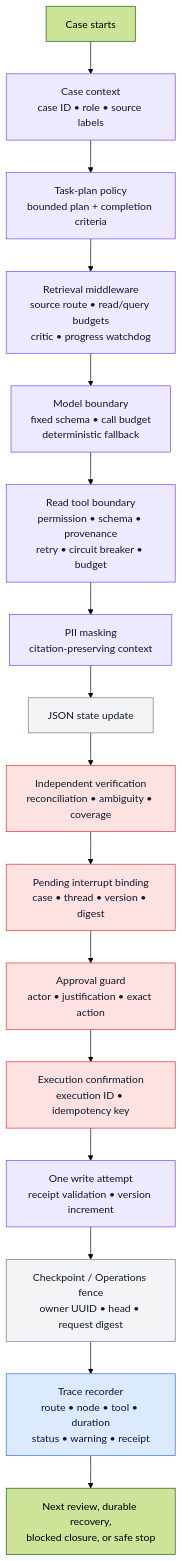
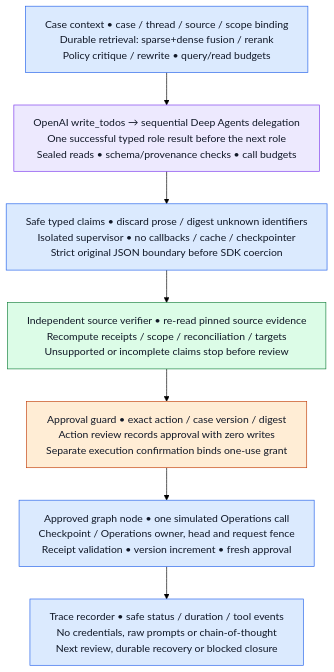
Before and after one commit to nagarjunakanamarlapudi/reacall-agents: the diagram in docs/images/05_middleware_lifecycle.mmd, drawn with Mermaid (forest theme). The commit also changed 45 other files, not shown here.

```diff
--- a/docs/images/05_middleware_lifecycle.mmd
+++ b/docs/images/05_middleware_lifecycle.mmd
@@ -1,21 +1,14 @@
+%%{init: {"flowchart": {"wrappingWidth": 500}}}%%
 flowchart TB
-  classDef hook fill:#ede9fe,stroke:#7c3aed,color:#111827
-  classDef safety fill:#fee2e2,stroke:#dc2626,color:#111827
-  classDef trace fill:#dbeafe,stroke:#2563eb,color:#111827
-  classDef state fill:#f3f4f6,stroke:#6b7280,color:#111827
-
-  START["Case starts"] --> CTX["Case context<br/>case ID • role • source labels"]:::hook
-  CTX --> PLAN["Task-plan policy<br/>bounded plan + completion criteria"]:::hook
-  PLAN --> RET["Retrieval middleware<br/>source route • read/query budgets<br/>critic • progress watchdog"]:::hook
-  RET --> MODEL["Model boundary<br/>fixed schema • call budget<br/>deterministic fallback"]:::hook
-  MODEL --> TOOLS["Read tool boundary<br/>permission • schema • provenance<br/>retry • circuit breaker • budget"]:::hook
-  TOOLS --> MASK["PII masking<br/>citation-preserving context"]:::hook
-  MASK --> STATE["JSON state update"]:::state
-  STATE --> VERIFY["Independent verification<br/>reconciliation • ambiguity • coverage"]:::safety
-  VERIFY --> REVIEW["Pending interrupt binding<br/>case • thread • version • digest"]:::safety
-  REVIEW --> APPROVAL["Approval guard<br/>actor • justification • exact action"]:::safety
-  APPROVAL --> CONFIRM["Execution confirmation<br/>execution ID • idempotency key"]:::safety
-  CONFIRM --> WRITE["One write attempt<br/>receipt validation • version increment"]:::hook
-  WRITE --> FENCE["Checkpoint / Operations fence<br/>owner UUID • head • request digest"]:::state
-  FENCE --> TRACE["Trace recorder<br/>route • node • tool • duration<br/>status • warning • receipt"]:::trace
-  TRACE --> NEXT["Next review, durable recovery,<br/>blocked closure, or safe stop"]
+  classDef hook fill:#dbeafe,stroke:#2563eb,color:#111827
+  classDef llm fill:#ede9fe,stroke:#7c3aed,color:#111827
+  classDef safety fill:#ffedd5,stroke:#c2410c,color:#111827
+  classDef safe fill:#dcfce7,stroke:#15803d,color:#111827
+  CTX["Case context • case / thread / source / scope binding<br/>Durable retrieval: sparse+dense fusion / rerank<br/>Policy critique / rewrite • query/read budgets"]:::hook
+  MODEL["OpenAI write_todos → sequential Deep Agents delegation<br/>One successful typed role result before the next role<br/>Sealed reads • schema/provenance checks • call budgets"]:::llm
+  CLAIMS["Safe typed claims • discard prose / digest unknown identifiers<br/>Isolated supervisor • no callbacks / cache / checkpointer<br/>Strict original JSON boundary before SDK coercion"]:::hook
+  VERIFY["Independent source verifier • re-read pinned source evidence<br/>Recompute receipts / scope / reconciliation / targets<br/>Unsupported or incomplete claims stop before review"]:::safe
+  REVIEW["Approval guard • exact action / case version / digest<br/>Action review records approval with zero writes<br/>Separate execution confirmation binds one-use grant"]:::safety
+  WRITE["Approved graph node • one simulated Operations call<br/>Checkpoint / Operations owner, head and request fence<br/>Receipt validation • version increment • fresh approval"]:::hook
+  TRACE["Trace recorder • safe status / duration / tool events<br/>No credentials, raw prompts or chain-of-thought<br/>Next review, durable recovery or blocked closure"]:::hook
+  CTX --> MODEL --> CLAIMS --> VERIFY --> REVIEW --> WRITE --> TRACE
```
